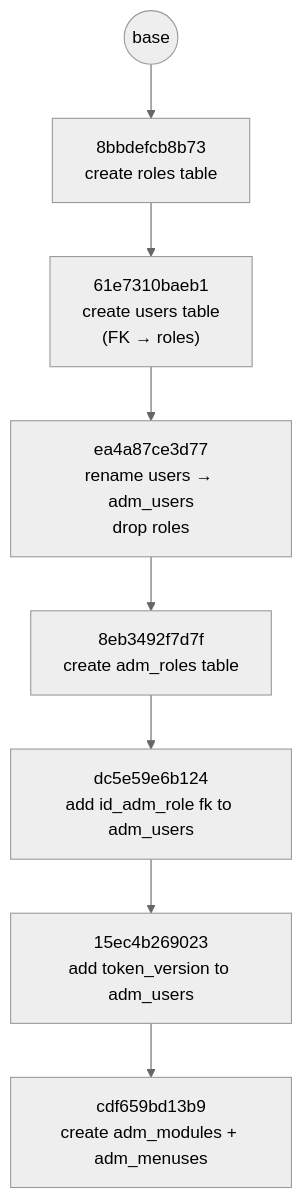
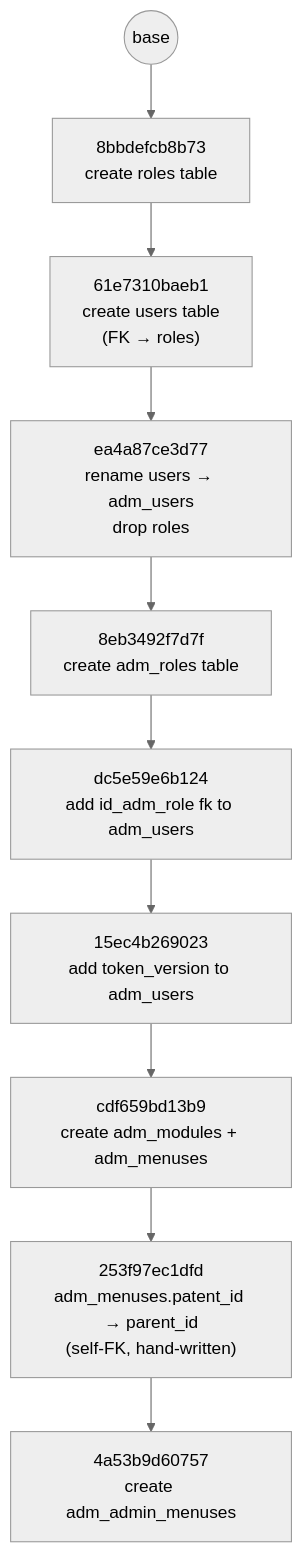
One commit to MarvinMosiCoder/vram-py changed the diagram in docs/MIGRATIONS.md. Above: the diagram before and after it, drawn with Mermaid (neutral theme). The commit also changed other lines of this file and 27 other files, not shown here.

````diff
--- a/docs/MIGRATIONS.md
+++ b/docs/MIGRATIONS.md
@@ -115,10 +149,12 @@
 ```mermaid
 flowchart TD
     base(("base")) --> R["8bbdefcb8b73<br/>create roles table"]
     R --> U["61e7310baeb1<br/>create users table<br/>(FK → roles)"]
     U --> RU["ea4a87ce3d77<br/>rename users → adm_users<br/>drop roles"]
     RU --> AR["8eb3492f7d7f<br/>create adm_roles table"]
     AR --> FK["dc5e59e6b124<br/>add id_adm_role fk to adm_users"]
     FK --> TV["15ec4b269023<br/>add token_version to adm_users"]
     TV --> MM["cdf659bd13b9<br/>create adm_modules + adm_menuses"]
+    MM --> PI["253f97ec1dfd<br/>adm_menuses.patent_id → parent_id<br/>(self-FK, hand-written)"]
+    PI --> AM["4a53b9d60757<br/>create adm_admin_menuses"]
 ```
````
